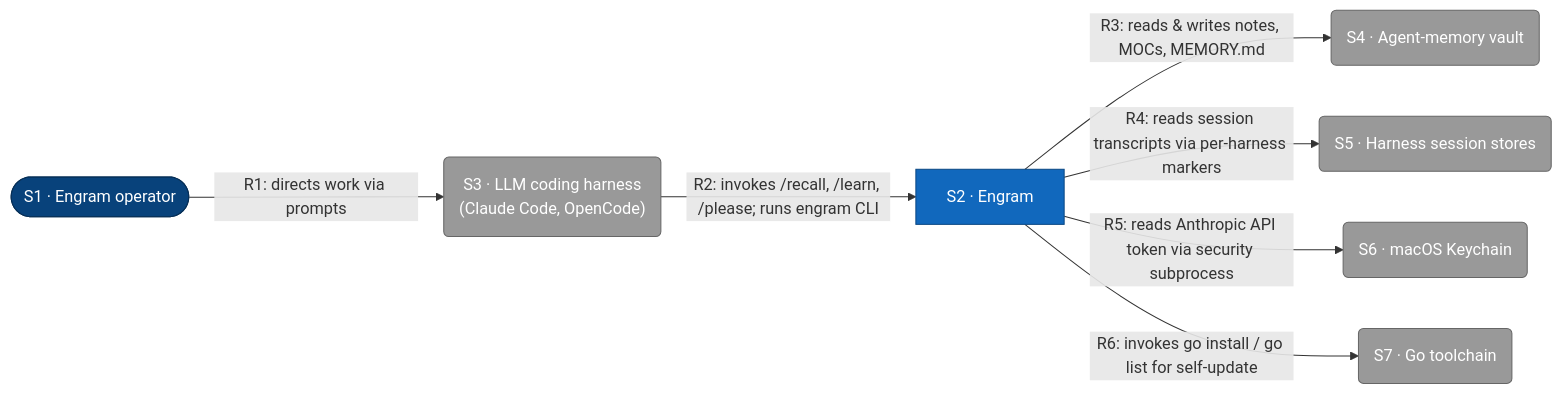
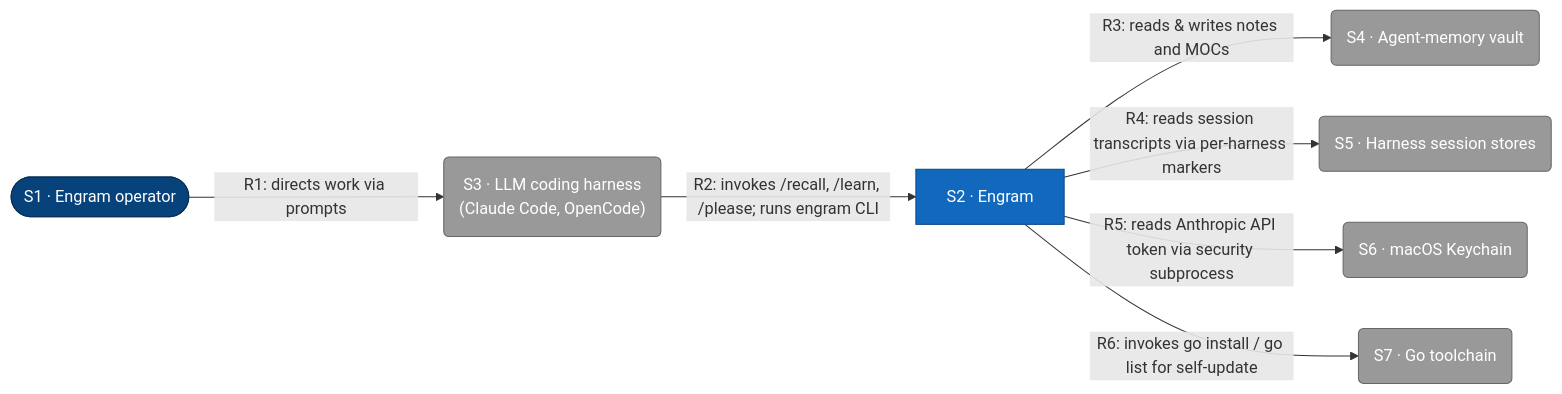
The diagram in docs/architecture/c1-system-context.md (toejough/engram), drawn with Mermaid before and after one commit. The commit also changed other lines of this file and 10 other files, not shown here.

````diff
--- a/docs/architecture/c1-system-context.md
+++ b/docs/architecture/c1-system-context.md
@@ -8,33 +8,33 @@
 ```mermaid
 flowchart LR
     classDef person      fill:#08427b,stroke:#052e56,color:#fff
     classDef external    fill:#999,   stroke:#666,   color:#fff
     classDef container   fill:#1168bd,stroke:#0b4884,color:#fff
 
     user([S1 · Engram operator])
     engram[S2 · Engram]
     harness("S3 · LLM coding harness<br/>(Claude Code, OpenCode)")
     vault(S4 · Agent-memory vault)
     sessions(S5 · Harness session stores)
     keychain(S6 · macOS Keychain)
     gotool(S7 · Go toolchain)
 
     user -->|"R1: directs work via prompts"| harness
     harness -->|"R2: invokes /recall, /learn, /please; runs engram CLI"| engram
-    engram -->|"R3: reads & writes notes, MOCs, MEMORY.md"| vault
+    engram -->|"R3: reads & writes notes and MOCs"| vault
     engram -->|"R4: reads session transcripts via per-harness markers"| sessions
     engram -->|"R5: reads Anthropic API token via security subprocess"| keychain
     engram -->|"R6: invokes go install / go list for self-update"| gotool
 
     class user person
     class harness,vault,sessions,keychain,gotool external
     class engram container
 
     click user href "#s1-engram-operator"
     click engram href "#s2-engram"
     click harness href "#s3-llm-coding-harness"
     click vault href "#s4-agent-memory-vault"
     click sessions href "#s5-harness-session-stores"
     click keychain href "#s6-macos-keychain"
     click gotool href "#s7-go-toolchain"
 ```
````
